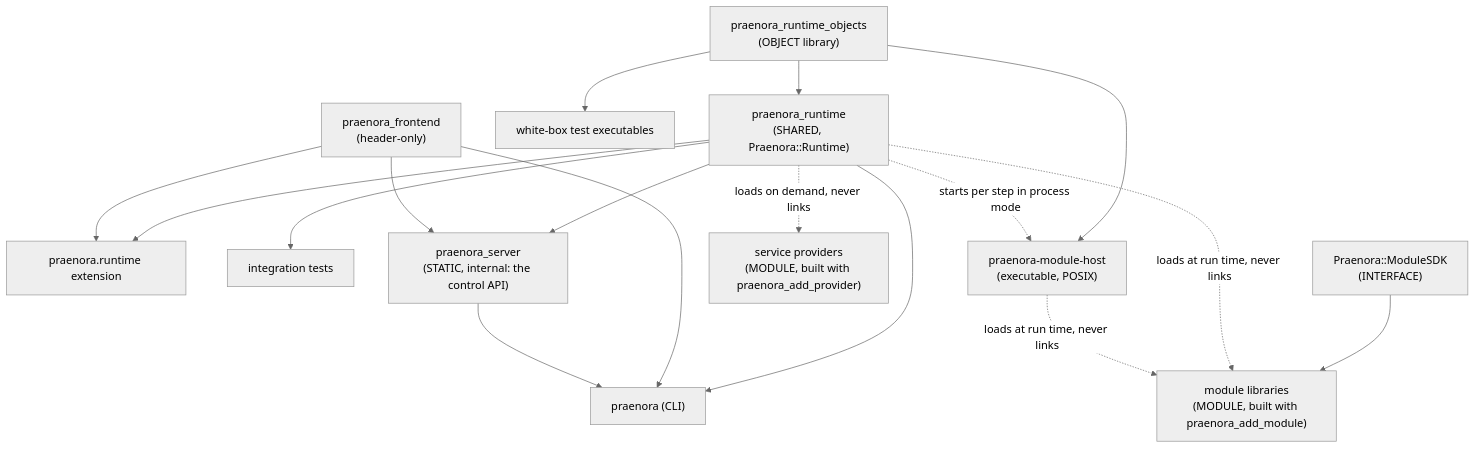
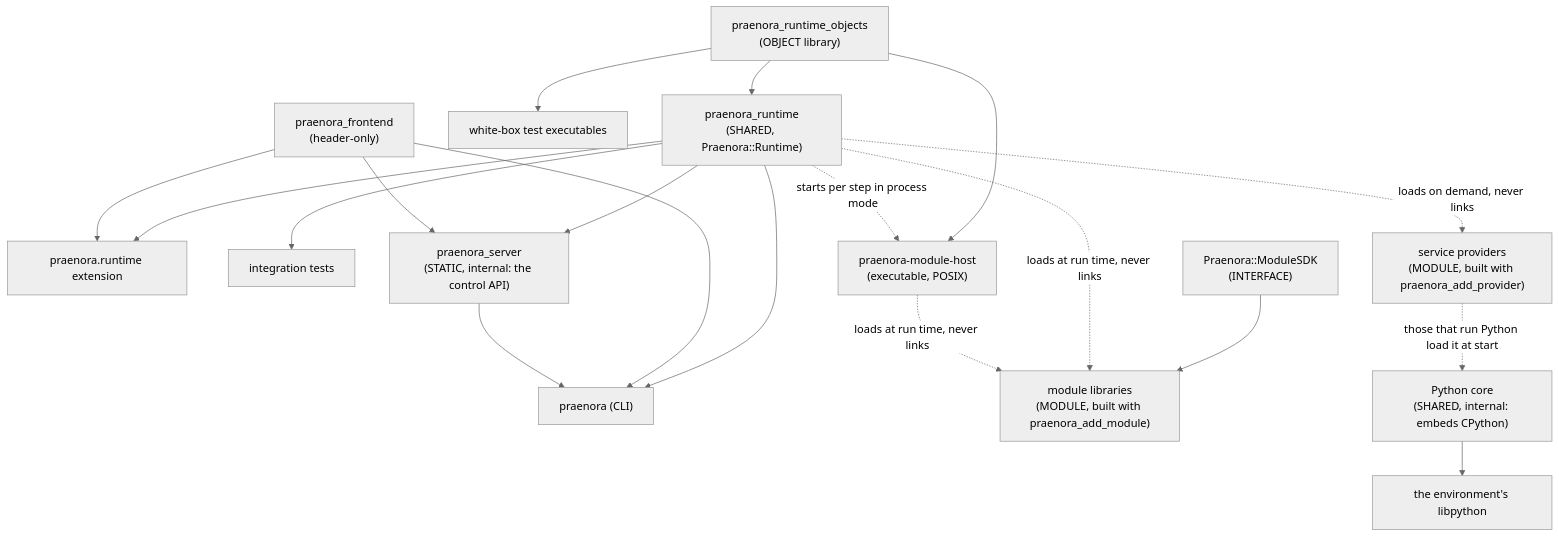
Before and after one commit to INFLECT-Praenora/praenora-runtime: the second of 7 diagrams in docs/architecture.md, drawn with Mermaid (neutral theme). The commit also changed other lines of this file and 195 other files, not shown here.

````diff
--- a/docs/architecture.md
+++ b/docs/architecture.md
@@ -111,19 +117,22 @@
 ```mermaid
 flowchart TB
     objects["praenora_runtime_objects<br/>(OBJECT library)"] --> shared["praenora_runtime<br/>(SHARED, Praenora::Runtime)"]
     objects --> whitebox["white-box test executables"]
     shared --> cli["praenora (CLI)"]
     shared --> python["praenora.runtime extension"]
     shared --> blackbox["integration tests"]
     frontend["praenora_frontend<br/>(header-only)"] --> cli
     frontend --> python
     shared --> server["praenora_server<br/>(STATIC, internal: the control API)"]
     frontend --> server
     server --> cli
     sdk["Praenora::ModuleSDK<br/>(INTERFACE)"] --> modules["module libraries<br/>(MODULE, built with praenora_add_module)"]
     shared -.->|"loads at run time, never links"| modules
     shared -.->|"loads on demand, never links"| providers["service providers<br/>(MODULE, built with praenora_add_provider)"]
     objects --> modulehost["praenora-module-host<br/>(executable, POSIX)"]
     shared -.->|"starts per step in process mode"| modulehost
     modulehost -.->|"loads at run time, never links"| modules
+    core["Python core<br/>(SHARED, internal: embeds CPython)"]
+    providers -.->|"those that run Python load it at start"| core
+    core --> libpython["the environment's libpython"]
 ```
````
